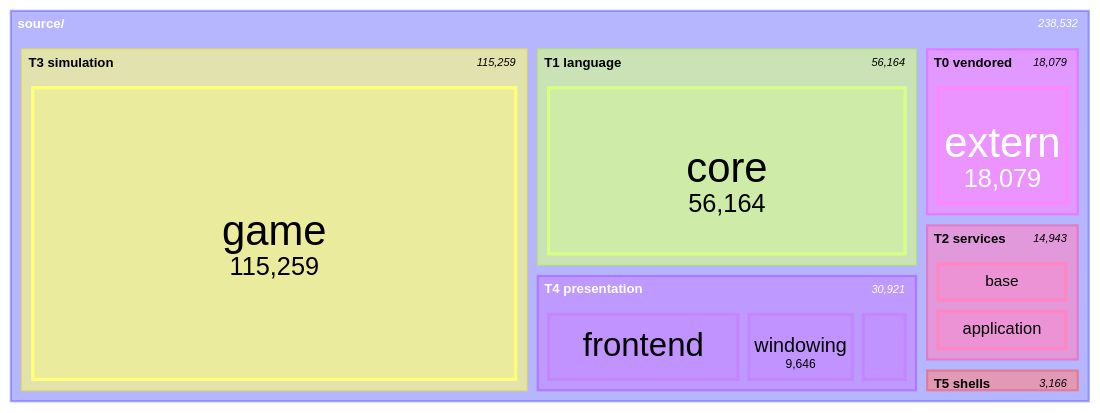
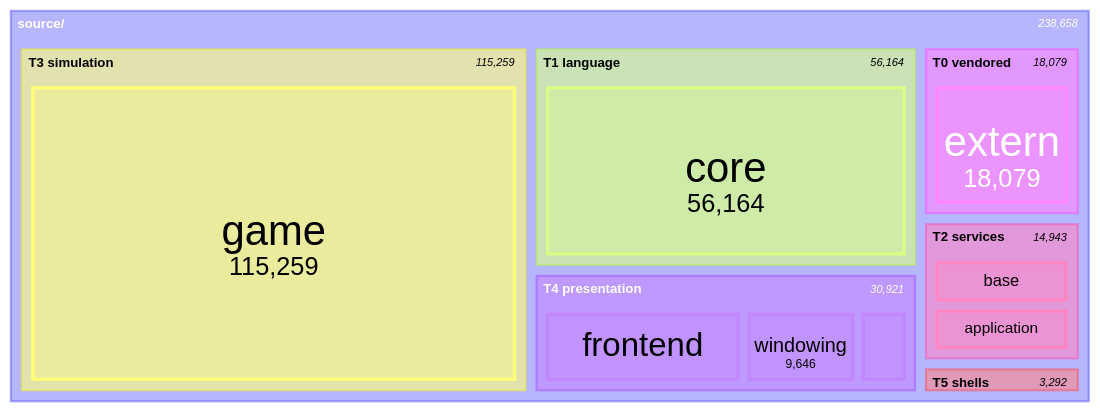
The seventh of 11 diagrams in docs/architecture/system-boundaries.md (apnex/OpenStarbound), drawn with Mermaid before and after one commit. The commit also changed other lines of this file, not shown here.

Commit message:
arch-graph: regenerate system-boundaries blocks after the harness change [#222]

````diff
--- a/docs/architecture/system-boundaries.md
+++ b/docs/architecture/system-boundaries.md
@@ -577,21 +577,21 @@
 ```mermaid
 treemap-beta
 "source/"
     "T0 vendored"
         "extern": 18079
     "T1 language"
         "core": 56164
     "T2 services"
         "base": 7411
         "application": 7390
         "platform": 142
     "T3 simulation"
         "game": 115259
     "T4 presentation"
         "frontend": 16861
         "windowing": 9646
         "rendering": 4414
     "T5 shells"
-        "client": 2383
+        "client": 2509
         "server": 783
 ```
````
